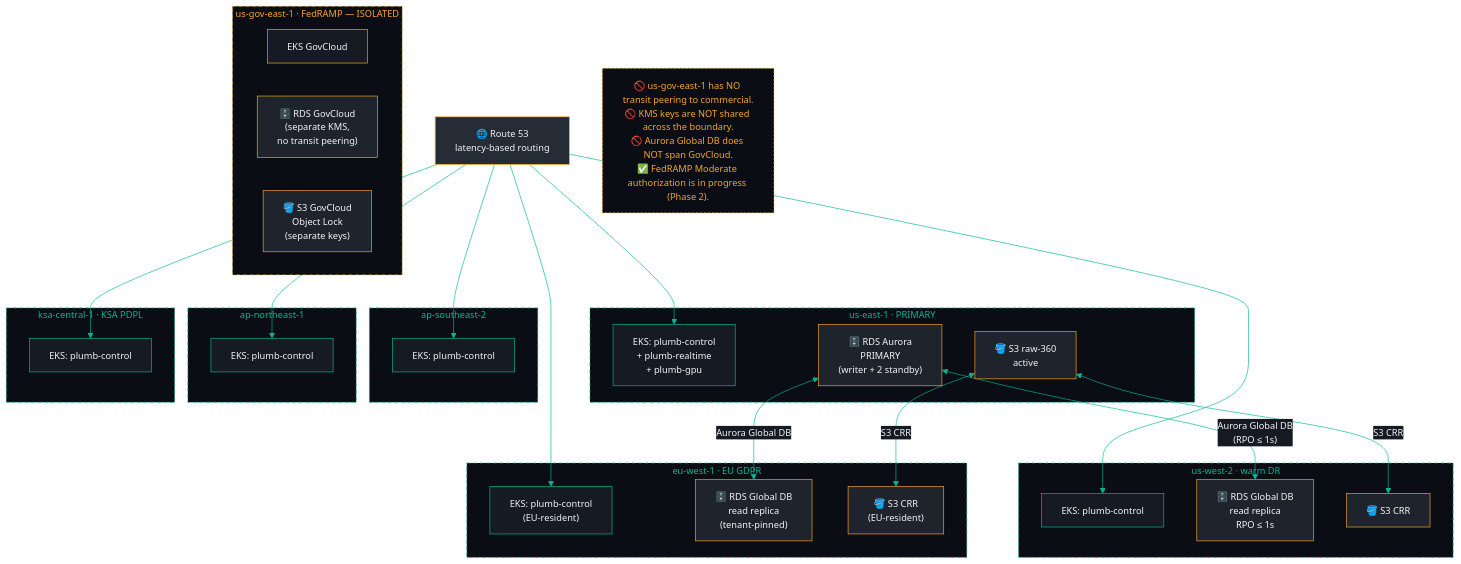
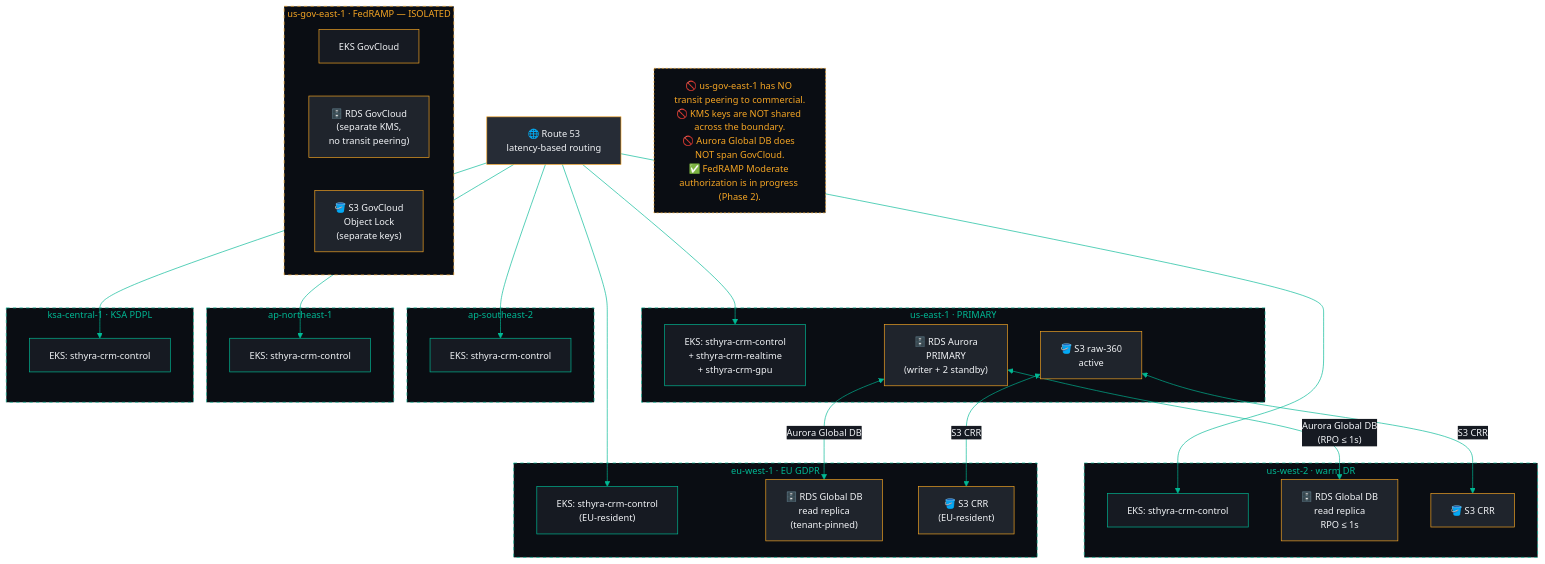
One commit to mkrmuralireddy98-dev/sthyra-crm changed the diagram in docs/flowcharts/08-multiregion.mmd. Above: the diagram before and after it, drawn with Mermaid. The commit also changed 73 other files, not shown here.

First line of the commit message:
rename: Plumb → Sthyra CRM across all source, config, docs, and git

```diff
--- a/docs/flowcharts/08-multiregion.mmd
+++ b/docs/flowcharts/08-multiregion.mmd
@@ -1,98 +1,98 @@
 %%{init: {
   "theme": "base",
   "themeVariables": {
     "primaryColor": "#0A0D13",
     "primaryTextColor": "#F2F4F7",
     "primaryBorderColor": "#00B894",
     "lineColor": "#00B894",
     "secondaryColor": "#161A22",
     "tertiaryColor": "#262C36",
     "fontFamily": "Helvetica, Arial, sans-serif",
     "fontSize": "14px"
   }
 }}%%
 flowchart TB
     classDef region fill:#0A0D13,stroke:#00B894,color:#00B894,stroke-dasharray:5 5
     classDef cluster fill:#161A22,stroke:#00B894,color:#F2F4F7
     classDef db fill:#1F242C,stroke:#F5A524,color:#F2F4F7
     classDef storage fill:#1F242C,stroke:#F5A524,color:#F2F4F7
     classDef gw fill:#262C36,stroke:#F5A524,color:#F2F4F7
     classDef gov fill:#262C36,stroke:#F5A524,color:#F2F4F7
 
     R53["🌐 Route 53<br/>latency-based routing"]:::gw
 
     subgraph USE1["us-east-1 · PRIMARY"]
-        EKS1["EKS: plumb-control<br/>+ plumb-realtime<br/>+ plumb-gpu"]:::cluster
+        EKS1["EKS: sthyra-crm-control<br/>+ sthyra-crm-realtime<br/>+ sthyra-crm-gpu"]:::cluster
         RDS1["🗄️ RDS Aurora<br/>PRIMARY<br/>(writer + 2 standby)"]:::db
         S3USE1["🪣 S3 raw-360<br/>active"]:::storage
     end
 
     subgraph USW2["us-west-2 · warm DR"]
-        EKS2["EKS: plumb-control"]:::cluster
+        EKS2["EKS: sthyra-crm-control"]:::cluster
         RDS2["🗄️ RDS Global DB<br/>read replica<br/>RPO ≤ 1s"]:::db
         S3USW2["🪣 S3 CRR"]:::storage
     end
 
     subgraph EUW1["eu-west-1 · EU GDPR"]
-        EKS3["EKS: plumb-control<br/>(EU-resident)"]:::cluster
+        EKS3["EKS: sthyra-crm-control<br/>(EU-resident)"]:::cluster
         RDS3["🗄️ RDS Global DB<br/>read replica<br/>(tenant-pinned)"]:::db
         S3EUW1["🪣 S3 CRR<br/>(EU-resident)"]:::storage
     end
 
     subgraph APSE2["ap-southeast-2"]
-        EKS4["EKS: plumb-control"]:::cluster
+        EKS4["EKS: sthyra-crm-control"]:::cluster
     end
 
     subgraph APNE1["ap-northeast-1"]
-        EKS5["EKS: plumb-control"]:::cluster
+        EKS5["EKS: sthyra-crm-control"]:::cluster
     end
 
     subgraph KSAC1["ksa-central-1 · KSA PDPL"]
-        EKS6["EKS: plumb-control"]:::cluster
+        EKS6["EKS: sthyra-crm-control"]:::cluster
     end
 
     subgraph USGE1["us-gov-east-1 · FedRAMP — ISOLATED"]
         EKSGOV["EKS GovCloud"]:::gov
         RDSGOV["🗄️ RDS GovCloud<br/>(separate KMS,<br/>no transit peering)"]:::db
         S3GOV["🪣 S3 GovCloud<br/>Object Lock<br/>(separate keys)"]:::storage
     end
 
     R53 --> EKS1
     R53 --> EKS2
     R53 --> EKS3
     R53 --> EKS4
     R53 --> EKS5
     R53 --> EKS6
 
     RDS1 <-->|"Aurora Global DB<br/>(RPO ≤ 1s)"| RDS2
     RDS1 <-->|"Aurora Global DB"| RDS3
 
     S3USE1 <-->|"S3 CRR"| S3USW2
     S3USE1 <-->|"S3 CRR"| S3EUW1
 
     Note["🚫 us-gov-east-1 has NO transit peering to commercial.<br/>🚫 KMS keys are NOT shared across the boundary.<br/>🚫 Aurora Global DB does NOT span GovCloud.<br/>✅ FedRAMP Moderate authorization is in progress (Phase 2)."]
 
     style R53 fill:#262C36,stroke:#F5A524,color:#F2F4F7
     style EKS1 fill:#161A22,stroke:#00B894,color:#F2F4F7
     style EKS2 fill:#161A22,stroke:#00B894,color:#F2F4F7
     style EKS3 fill:#161A22,stroke:#00B894,color:#F2F4F7
     style EKS4 fill:#161A22,stroke:#00B894,color:#F2F4F7
     style EKS5 fill:#161A22,stroke:#00B894,color:#F2F4F7
     style EKS6 fill:#161A22,stroke:#00B894,color:#F2F4F7
     style EKSGOV fill:#161A22,stroke:#F5A524,color:#F2F4F7
     style RDS1 fill:#1F242C,stroke:#F5A524,color:#F2F4F7
     style RDS2 fill:#1F242C,stroke:#F5A524,color:#F2F4F7
     style RDS3 fill:#1F242C,stroke:#F5A524,color:#F2F4F7
     style RDSGOV fill:#1F242C,stroke:#F5A524,color:#F2F4F7
     style S3USE1 fill:#1F242C,stroke:#F5A524,color:#F2F4F7
     style S3USW2 fill:#1F242C,stroke:#F5A524,color:#F2F4F7
     style S3EUW1 fill:#1F242C,stroke:#F5A524,color:#F2F4F7
     style S3GOV fill:#1F242C,stroke:#F5A524,color:#F2F4F7
     style USE1 fill:#0A0D13,stroke:#00B894,color:#00B894,stroke-dasharray:5 5
     style USW2 fill:#0A0D13,stroke:#00B894,color:#00B894,stroke-dasharray:5 5
     style EUW1 fill:#0A0D13,stroke:#00B894,color:#00B894,stroke-dasharray:5 5
     style APSE2 fill:#0A0D13,stroke:#00B894,color:#00B894,stroke-dasharray:5 5
     style APNE1 fill:#0A0D13,stroke:#00B894,color:#00B894,stroke-dasharray:5 5
     style KSAC1 fill:#0A0D13,stroke:#00B894,color:#00B894,stroke-dasharray:5 5
     style USGE1 fill:#0A0D13,stroke:#F5A524,color:#F5A524,stroke-dasharray:5 5
     style Note fill:#0A0D13,stroke:#F5A524,color:#F5A524,stroke-width:1px,stroke-dasharray:3 3
```
